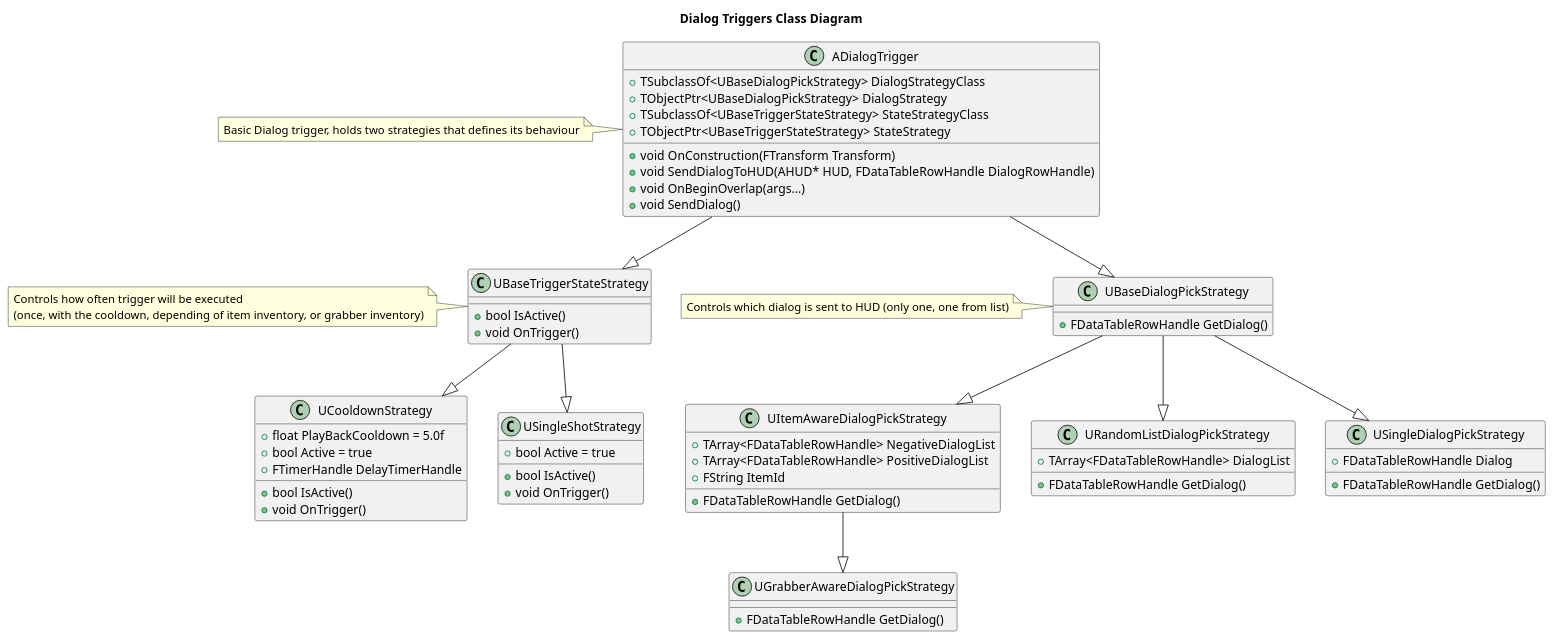
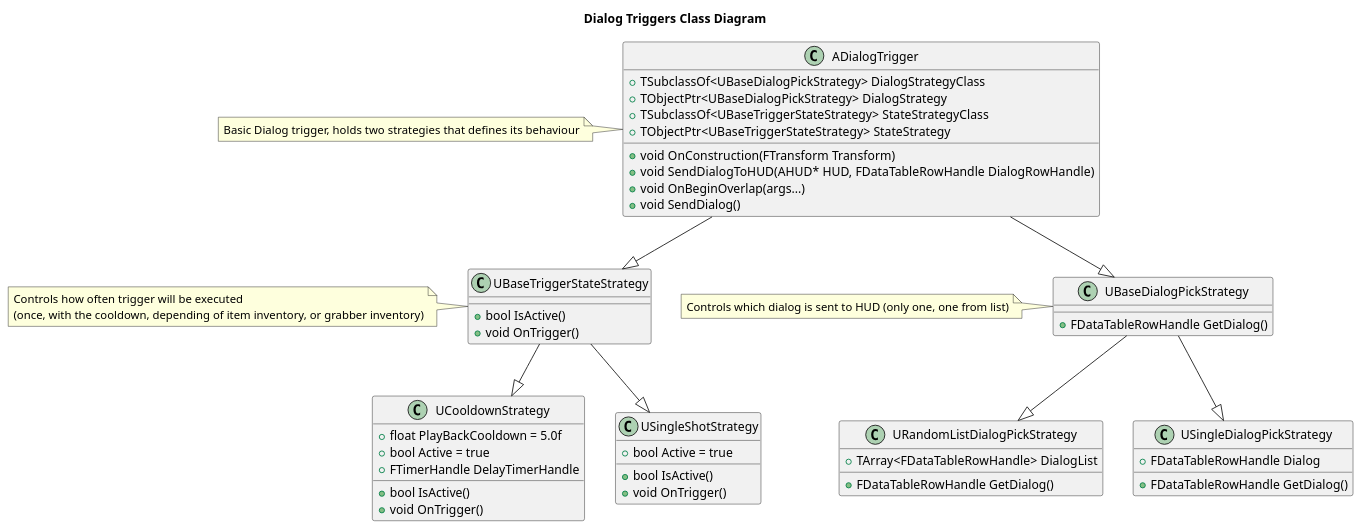
The diagram in Source/CryptRaider/Doc/DialogTrigger.puml (Indian-games-Inc/Solaris), drawn with PlantUML before and after one commit. The commit also changed 5 other files, not shown here.

```diff
--- a/Source/CryptRaider/Doc/DialogTrigger.puml
+++ b/Source/CryptRaider/Doc/DialogTrigger.puml
@@ -1,85 +1,72 @@
 @startuml
 
 title Dialog Triggers Class Diagram
 
 class ADialogTrigger {
   +void OnConstruction(FTransform Transform)
   +void SendDialogToHUD(AHUD* HUD, FDataTableRowHandle DialogRowHandle)
   +void OnBeginOverlap(args...)
   +void SendDialog()
   +TSubclassOf<UBaseDialogPickStrategy> DialogStrategyClass
   +TObjectPtr<UBaseDialogPickStrategy> DialogStrategy
   +TSubclassOf<UBaseTriggerStateStrategy> StateStrategyClass
   +TObjectPtr<UBaseTriggerStateStrategy> StateStrategy
 }
 
 class UBaseTriggerStateStrategy {
   +bool IsActive()
   +void OnTrigger()
 }
 
 class UBaseDialogPickStrategy {
-  +FDataTableRowHandle GetDialog()
-}
-
-class UItemAwareDialogPickStrategy {
-  +FDataTableRowHandle GetDialog()
-  +TArray<FDataTableRowHandle> NegativeDialogList
-  +TArray<FDataTableRowHandle> PositiveDialogList
-  +FString ItemId
-}
-
-class UGrabberAwareDialogPickStrategy {
   +FDataTableRowHandle GetDialog()
 }
 
 class URandomListDialogPickStrategy {
   +FDataTableRowHandle GetDialog()
   +TArray<FDataTableRowHandle> DialogList
 }
 
 class USingleDialogPickStrategy {
   +FDataTableRowHandle GetDialog()
   +FDataTableRowHandle Dialog
 }
 
 class UCooldownStrategy {
   +bool IsActive()
   +void OnTrigger()
   +float PlayBackCooldown = 5.0f
   +bool Active = true
   +FTimerHandle DelayTimerHandle
 }
 
 class USingleShotStrategy {
   +bool IsActive()
   +void OnTrigger()
   +bool Active = true
 }
 
 ADialogTrigger --|> UBaseTriggerStateStrategy
 ADialogTrigger --|> UBaseDialogPickStrategy
 
 UBaseTriggerStateStrategy --|> UCooldownStrategy
 UBaseTriggerStateStrategy --|> USingleShotStrategy
 
 UBaseDialogPickStrategy --|> USingleDialogPickStrategy
 UBaseDialogPickStrategy --|> URandomListDialogPickStrategy
-UBaseDialogPickStrategy --|> UItemAwareDialogPickStrategy
-UItemAwareDialogPickStrategy --|> UGrabberAwareDialogPickStrategy
 
 
 note left of ADialogTrigger
 Basic Dialog trigger, holds two strategies that defines its behaviour
 end note
 
 note left of UBaseTriggerStateStrategy
 Controls how often trigger will be executed 
 (once, with the cooldown, depending of item inventory, or grabber inventory)
 end note
 
 note left of UBaseDialogPickStrategy
 Controls which dialog is sent to HUD (only one, one from list)
 end note
 
 @enduml
```
